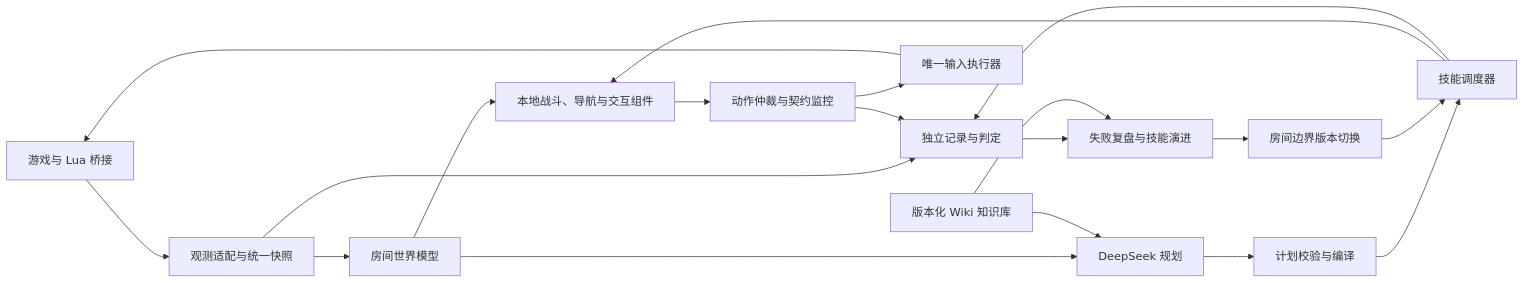
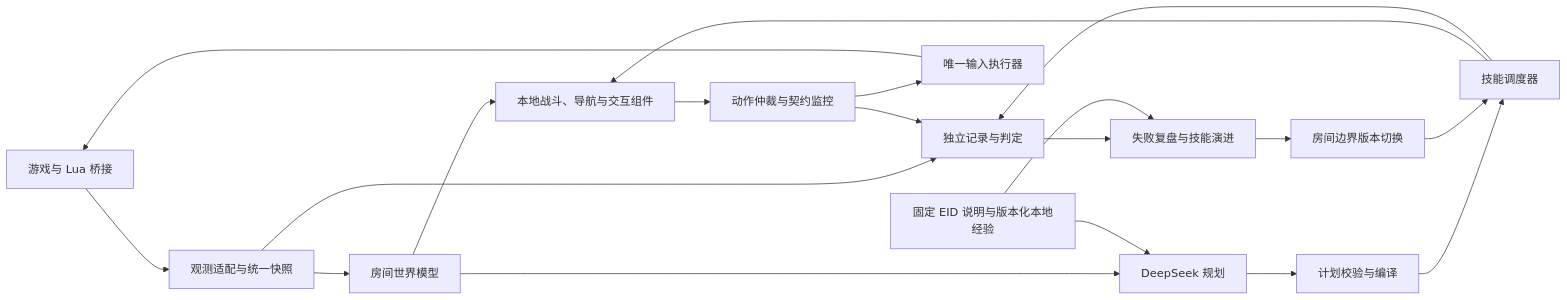
The diagram in docs/architecture-plan.zh-CN.md (caeluswu/ai-issac), drawn with Mermaid before and after one commit. The commit also changed other lines of this file and 5 other files, not shown here.

````diff
--- a/docs/architecture-plan.zh-CN.md
+++ b/docs/architecture-plan.zh-CN.md
@@ -21,21 +21,21 @@
 ```mermaid
 flowchart LR
     G[游戏与 Lua 桥接] --> O[观测适配与统一快照]
     O --> W[房间世界模型]
     W --> C[本地战斗、导航与交互组件]
     W --> P[DeepSeek 规划]
-    K[版本化 Wiki 知识库] --> P
+    K[固定 EID 说明与版本化本地经验] --> P
     P --> V[计划校验与编译]
     V --> S[技能调度器]
     S --> C
     C --> A[动作仲裁与契约监控]
     A --> I[唯一输入执行器]
     I --> G
     O --> R[独立记录与判定]
     S --> R
     A --> R
     R --> E[失败复盘与技能演进]
     K --> E
     E --> B[房间边界版本切换]
     B --> S
 ```
````
